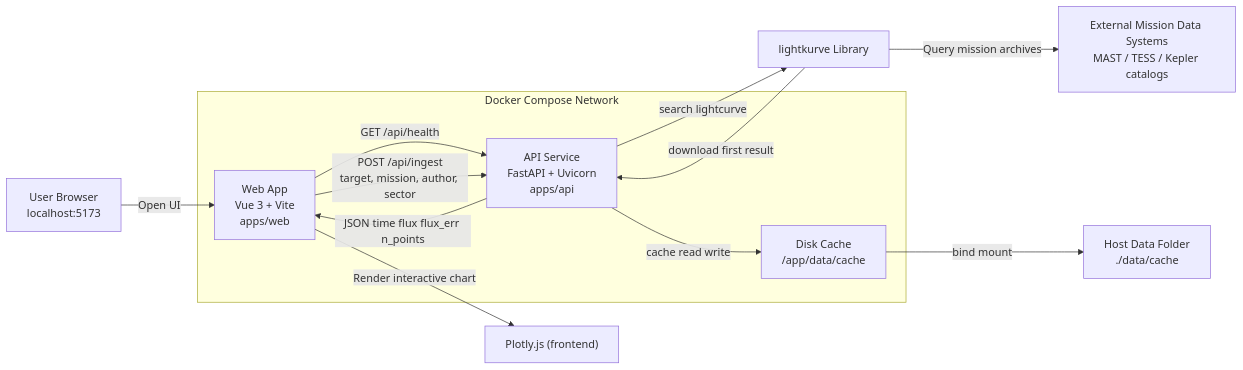
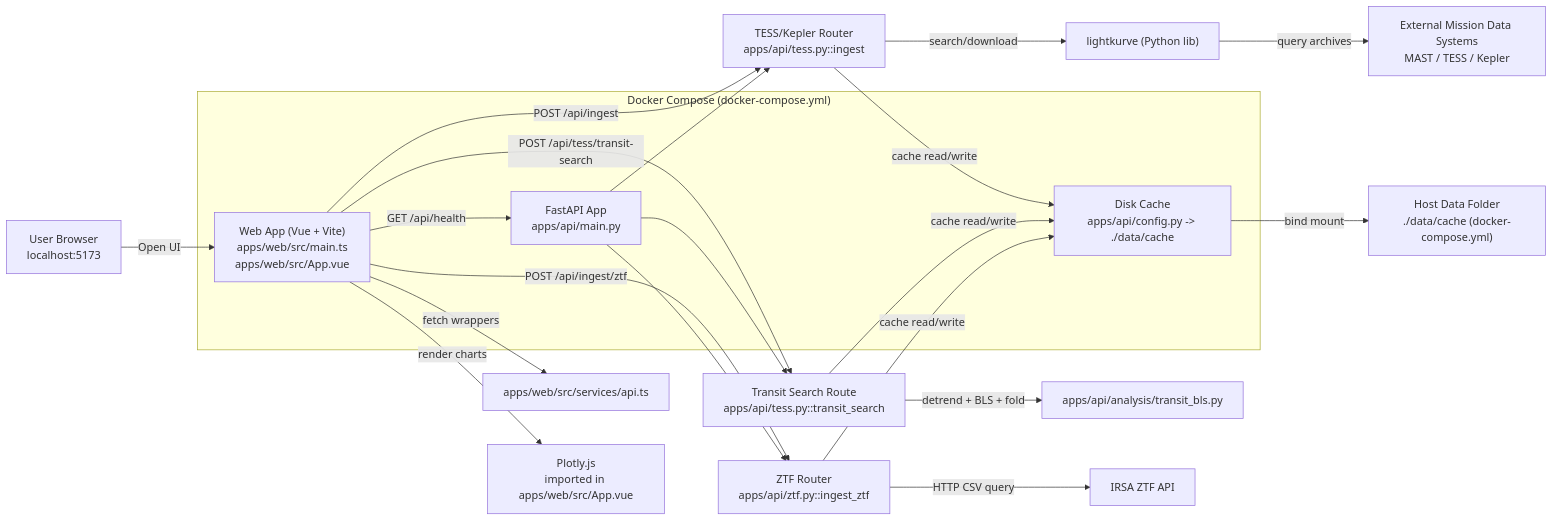
One commit to pcookson/astrosignals changed the diagram in docs/architecture.md. Above: the diagram before and after it, drawn with Mermaid. The commit also changed other lines of this file and 2 other files, not shown here.

````diff
--- a/docs/architecture.md
+++ b/docs/architecture.md
@@ -3,21 +3,30 @@
 ```mermaid
 flowchart LR
-    User["User Browser<br/>localhost:5173"] -->|Open UI| Web["Web App<br/>Vue 3 + Vite<br/>apps/web"]
-    Web -->|GET /api/health| API["API Service<br/>FastAPI + Uvicorn<br/>apps/api"]
-    Web -->|POST /api/ingest<br/>target, mission, author, sector| API
+    User["User Browser<br/>localhost:5173"] -->|Open UI| Web["Web App (Vue + Vite)<br/>apps/web/src/main.ts<br/>apps/web/src/App.vue"]
+    Web -->|GET /api/health| API["FastAPI App<br/>apps/api/main.py"]
+    Web -->|POST /api/ingest| TESSAPI["TESS/Kepler Router<br/>apps/api/tess.py::ingest"]
+    Web -->|POST /api/tess/transit-search| TransitAPI["Transit Search Route<br/>apps/api/tess.py::transit_search"]
+    Web -->|POST /api/ingest/ztf| ZTFAPI["ZTF Router<br/>apps/api/ztf.py::ingest_ztf"]
 
-    API -->|search lightcurve| LK["lightkurve Library"]
-    LK -->|Query mission archives| Archives["External Mission Data Systems<br/>MAST / TESS / Kepler catalogs"]
-    LK -->|download first result| API
-    API -->|cache read write| Cache["Disk Cache<br/>/app/data/cache"]
-    Cache -->|bind mount| HostData["Host Data Folder<br/>./data/cache"]
+    API --> TESSAPI
+    API --> TransitAPI
+    API --> ZTFAPI
 
-    API -->|JSON time flux flux_err n_points| Web
-    Web -->|Render interactive chart| Plotly["Plotly.js (frontend)"]
+    TESSAPI -->|search/download| LK["lightkurve (Python lib)"]
+    LK -->|query archives| Archives["External Mission Data Systems<br/>MAST / TESS / Kepler"]
+    TransitAPI -->|detrend + BLS + fold| BLS["apps/api/analysis/transit_bls.py"]
+    TESSAPI -->|cache read/write| Cache["Disk Cache<br/>apps/api/config.py -> ./data/cache"]
+    TransitAPI -->|cache read/write| Cache
+    ZTFAPI -->|cache read/write| Cache
+    ZTFAPI -->|HTTP CSV query| IRSA["IRSA ZTF API"]
+    Cache -->|bind mount| HostData["Host Data Folder<br/>./data/cache (docker-compose.yml)"]
 
-    subgraph Compose["Docker Compose Network"]
+    Web -->|fetch wrappers| WebAPI["apps/web/src/services/api.ts"]
+    Web -->|render charts| Plotly["Plotly.js<br/>imported in apps/web/src/App.vue"]
+
+    subgraph Compose["Docker Compose (docker-compose.yml)"]
+      API
       Web
-      API
       Cache
     end
 ```
````
